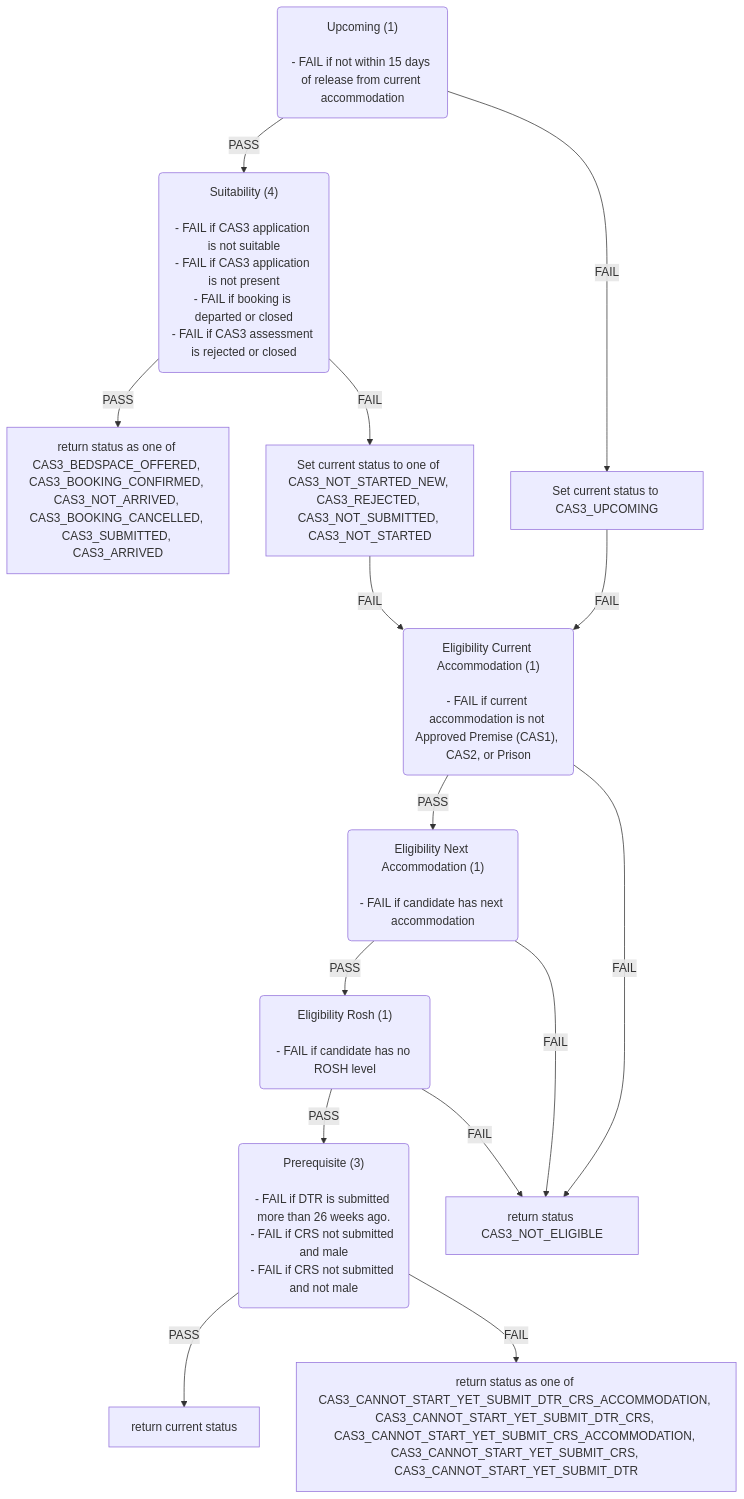
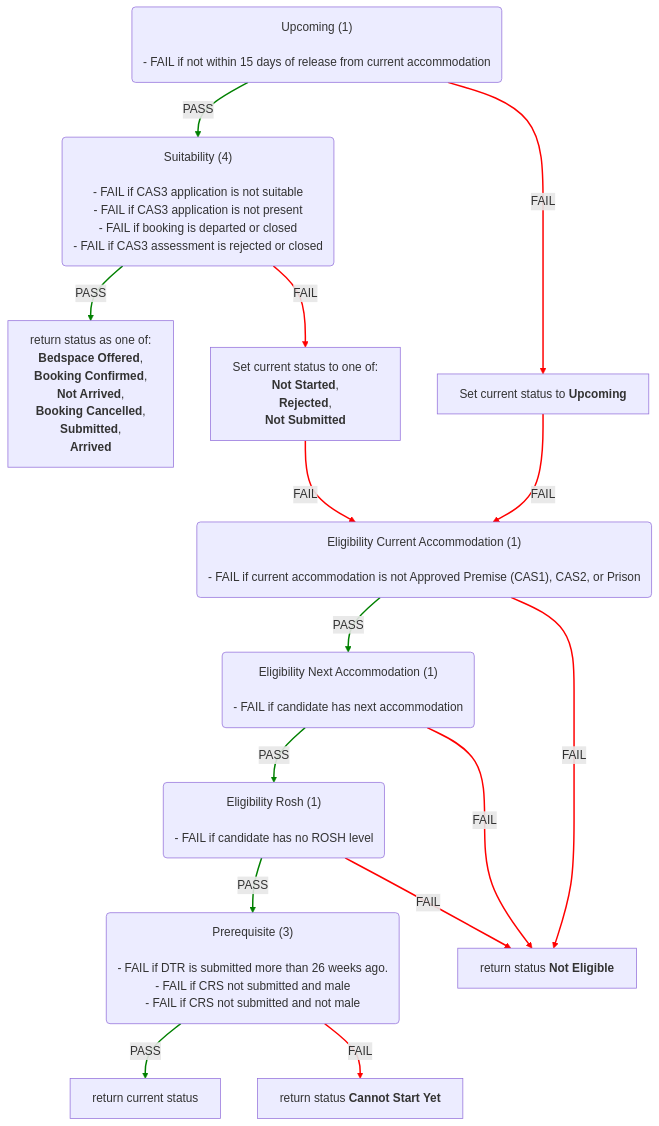
Before and after one commit to ministryofjustice/hmpps-single-accommodation-service-api: the third of 6 diagrams in docs/eligibility-rules-graph.md, drawn with Mermaid. The commit also changed other lines of this file and 8 other files, not shown here.

Commit message:
chore/SAS-1532-Use-UI-statuses-in-graph-instead-of-enums

````diff
--- a/docs/eligibility-rules-graph.md
+++ b/docs/eligibility-rules-graph.md
@@ -238,46 +300,58 @@
 ```mermaid
+%%{init: {"flowchart": {"wrappingWidth": 800}}}%%
 flowchart TD
   Upcoming("Upcoming (1)
 
 - FAIL if not within 15 days of release from current accommodation")
   Suitability("Suitability (4)
 
 - FAIL if CAS3 application is not suitable
 - FAIL if CAS3 application is not present
 - FAIL if booking is departed or closed
 - FAIL if CAS3 assessment is rejected or closed")
-  return_status_as_one_of_CAS3_BEDSPACE_OFFERED__CAS3_BOOKING_CONFIRMED__CAS3_NOT_ARRIVED__CAS3_BOOKING_CANCELLED__CAS3_SUBMITTED__CAS3_ARRIVED["return status as one of CAS3_BEDSPACE_OFFERED, CAS3_BOOKING_CONFIRMED, CAS3_NOT_ARRIVED, CAS3_BOOKING_CANCELLED, CAS3_SUBMITTED, CAS3_ARRIVED"]
-  Set_current_status_to_one_of_CAS3_NOT_STARTED_NEW__CAS3_REJECTED__CAS3_NOT_SUBMITTED__CAS3_NOT_STARTED["Set current status to one of CAS3_NOT_STARTED_NEW, CAS3_REJECTED, CAS3_NOT_SUBMITTED, CAS3_NOT_STARTED"]
+  return_status_as_one_of__Bedspace_Offered___Booking_Confirmed___Not_Arrived___Booking_Cancelled___Submitted___Arrived["return status as one of:
+<b>Bedspace Offered</b>,
+ <b>Booking Confirmed</b>,
+ <b>Not Arrived</b>,
+ <b>Booking Cancelled</b>,
+ <b>Submitted</b>,
+ <b>Arrived</b>"]
+  Set_current_status_to_one_of__Not_Started___Rejected___Not_Submitted["Set current status to one of:
+<b>Not Started</b>,
+ <b>Rejected</b>,
+ <b>Not Submitted</b>"]
   Eligibility_Current_Accommodation("Eligibility Current Accommodation (1)
 
 - FAIL if current accommodation is not Approved Premise (CAS1), CAS2, or Prison")
   Eligibility_Next_Accommodation("Eligibility Next Accommodation (1)
 
 - FAIL if candidate has next accommodation")
   Eligibility_Rosh("Eligibility Rosh (1)
 
 - FAIL if candidate has no ROSH level")
   Prerequisite("Prerequisite (3)
 
 - FAIL if DTR is submitted more than 26 weeks ago.
 - FAIL if CRS not submitted and male
 - FAIL if CRS not submitted and not male")
   return_current_status["return current status"]
-  return_status_as_one_of_CAS3_CANNOT_START_YET_SUBMIT_DTR_CRS_ACCOMMODATION__CAS3_CANNOT_START_YET_SUBMIT_DTR_CRS__CAS3_CANNOT_START_YET_SUBMIT_CRS_ACCOMMODATION__CAS3_CANNOT_START_YET_SUBMIT_CRS__CAS3_CANNOT_START_YET_SUBMIT_DTR["return status as one of CAS3_CANNOT_START_YET_SUBMIT_DTR_CRS_ACCOMMODATION, CAS3_CANNOT_START_YET_SUBMIT_DTR_CRS, CAS3_CANNOT_START_YET_SUBMIT_CRS_ACCOMMODATION, CAS3_CANNOT_START_YET_SUBMIT_CRS, CAS3_CANNOT_START_YET_SUBMIT_DTR"]
-  return_status_CAS3_NOT_ELIGIBLE["return status CAS3_NOT_ELIGIBLE"]
-  Set_current_status_to_CAS3_UPCOMING["Set current status to CAS3_UPCOMING"]
-  Suitability -->|PASS| return_status_as_one_of_CAS3_BEDSPACE_OFFERED__CAS3_BOOKING_CONFIRMED__CAS3_NOT_ARRIVED__CAS3_BOOKING_CANCELLED__CAS3_SUBMITTED__CAS3_ARRIVED
-  Suitability -->|FAIL| Set_current_status_to_one_of_CAS3_NOT_STARTED_NEW__CAS3_REJECTED__CAS3_NOT_SUBMITTED__CAS3_NOT_STARTED
+  return_status_Cannot_Start_Yet["return status <b>Cannot Start Yet</b>"]
+  return_status_Not_Eligible["return status <b>Not Eligible</b>"]
+  Set_current_status_to_Upcoming["Set current status to <b>Upcoming</b>"]
+  Suitability -->|PASS| return_status_as_one_of__Bedspace_Offered___Booking_Confirmed___Not_Arrived___Booking_Cancelled___Submitted___Arrived
+  Suitability -->|FAIL| Set_current_status_to_one_of__Not_Started___Rejected___Not_Submitted
   Prerequisite -->|PASS| return_current_status
-  Prerequisite -->|FAIL| return_status_as_one_of_CAS3_CANNOT_START_YET_SUBMIT_DTR_CRS_ACCOMMODATION__CAS3_CANNOT_START_YET_SUBMIT_DTR_CRS__CAS3_CANNOT_START_YET_SUBMIT_CRS_ACCOMMODATION__CAS3_CANNOT_START_YET_SUBMIT_CRS__CAS3_CANNOT_START_YET_SUBMIT_DTR
+  Prerequisite -->|FAIL| return_status_Cannot_Start_Yet
   Eligibility_Rosh -->|PASS| Prerequisite
-  Eligibility_Rosh -->|FAIL| return_status_CAS3_NOT_ELIGIBLE
+  Eligibility_Rosh -->|FAIL| return_status_Not_Eligible
   Eligibility_Next_Accommodation -->|PASS| Eligibility_Rosh
-  Eligibility_Next_Accommodation -->|FAIL| return_status_CAS3_NOT_ELIGIBLE
+  Eligibility_Next_Accommodation -->|FAIL| return_status_Not_Eligible
   Eligibility_Current_Accommodation -->|PASS| Eligibility_Next_Accommodation
-  Eligibility_Current_Accommodation -->|FAIL| return_status_CAS3_NOT_ELIGIBLE
-  Set_current_status_to_one_of_CAS3_NOT_STARTED_NEW__CAS3_REJECTED__CAS3_NOT_SUBMITTED__CAS3_NOT_STARTED -->|FAIL| Eligibility_Current_Accommodation
+  Eligibility_Current_Accommodation -->|FAIL| return_status_Not_Eligible
+  Set_current_status_to_one_of__Not_Started___Rejected___Not_Submitted -->|FAIL| Eligibility_Current_Accommodation
   Upcoming -->|PASS| Suitability
-  Upcoming -->|FAIL| Set_current_status_to_CAS3_UPCOMING
-  Set_current_status_to_CAS3_UPCOMING -->|FAIL| Eligibility_Current_Accommodation
+  Upcoming -->|FAIL| Set_current_status_to_Upcoming
+  Set_current_status_to_Upcoming -->|FAIL| Eligibility_Current_Accommodation
+  linkStyle 0,2,4,6,8,11 stroke:green,stroke-width:2px
+  linkStyle 1,3,5,7,9,10,12,13 stroke:red,stroke-width:2px
 ```
````
